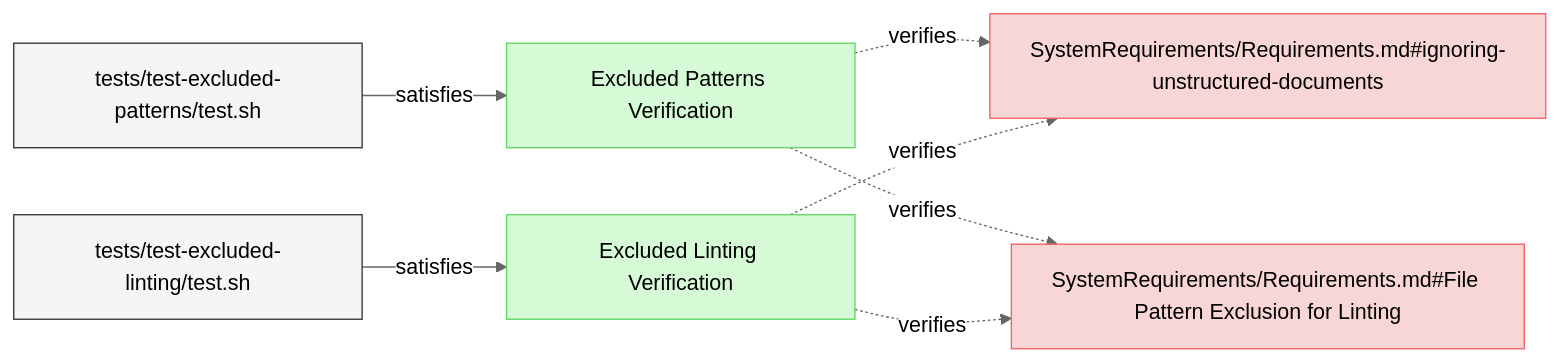
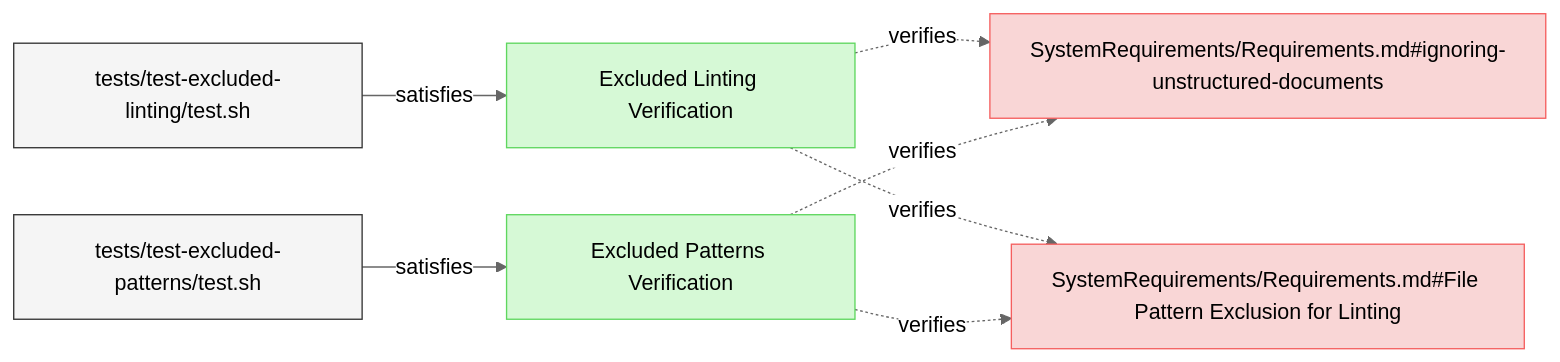
One commit to reqvire-org/reqvire changed the third of 3 diagrams in specifications/Verifications/LintingTests.md. Above: the diagram before and after it, drawn with Mermaid (neutral theme). The commit also changed other lines of this file and 14 other files, not shown here.

Commit message:
Diagrams updated.

````diff
--- a/specifications/Verifications/LintingTests.md
+++ b/specifications/Verifications/LintingTests.md
@@ -232,33 +232,33 @@
 ```mermaid
 graph LR;
   %% Graph styling
   classDef requirement fill:#f9d6d6,stroke:#f55f5f,stroke-width:1px;
   classDef verification fill:#d6f9d6,stroke:#5fd75f,stroke-width:1px;
   classDef externalLink fill:#d0e0ff,stroke:#3080ff,stroke-width:1px;
   classDef default fill:#f5f5f5,stroke:#333333,stroke-width:1px;
 
+  71b5a1d5e278aa8e["Excluded Linting Verification"];
+  class 71b5a1d5e278aa8e verification;
+  click 71b5a1d5e278aa8e "LintingTests.md#excluded-linting-verification";
+  be83c2991e9535c7["SystemRequirements/Requirements.md#ignoring-unstructured-documents"];
+  class be83c2991e9535c7 requirement;
+  click be83c2991e9535c7 "../SystemRequirements/Requirements.md#ignoring-unstructured-documents";
+  71b5a1d5e278aa8e -.->|verifies| be83c2991e9535c7;
+  bef37c31db69b66a["SystemRequirements/Requirements.md#File Pattern Exclusion for Linting"];
+  class bef37c31db69b66a requirement;
+  click bef37c31db69b66a "../SystemRequirements/Requirements.md#file-pattern-exclusion-for-linting";
+  71b5a1d5e278aa8e -.->|verifies| bef37c31db69b66a;
+  de8bc63ebb2a09e7["tests/test-excluded-linting/test.sh"];
+  class de8bc63ebb2a09e7 default;
+  click de8bc63ebb2a09e7 "../../tests/test-excluded-linting/test.sh";
+  de8bc63ebb2a09e7 -->|satisfies| 71b5a1d5e278aa8e;
   590a4cc1c558992f["Excluded Patterns Verification"];
   class 590a4cc1c558992f verification;
   click 590a4cc1c558992f "LintingTests.md#excluded-patterns-verification";
-  be83c2991e9535c7["SystemRequirements/Requirements.md#ignoring-unstructured-documents"];
-  class be83c2991e9535c7 requirement;
-  click be83c2991e9535c7 "../SystemRequirements/Requirements.md#ignoring-unstructured-documents";
   590a4cc1c558992f -.->|verifies| be83c2991e9535c7;
-  bef37c31db69b66a["SystemRequirements/Requirements.md#File Pattern Exclusion for Linting"];
-  class bef37c31db69b66a requirement;
-  click bef37c31db69b66a "../SystemRequirements/Requirements.md#file-pattern-exclusion-for-linting";
   590a4cc1c558992f -.->|verifies| bef37c31db69b66a;
   a29e69e90fa71f39["tests/test-excluded-patterns/test.sh"];
   class a29e69e90fa71f39 default;
   click a29e69e90fa71f39 "../../tests/test-excluded-patterns/test.sh";
   a29e69e90fa71f39 -->|satisfies| 590a4cc1c558992f;
-  71b5a1d5e278aa8e["Excluded Linting Verification"];
-  class 71b5a1d5e278aa8e verification;
-  click 71b5a1d5e278aa8e "LintingTests.md#excluded-linting-verification";
-  71b5a1d5e278aa8e -.->|verifies| be83c2991e9535c7;
-  71b5a1d5e278aa8e -.->|verifies| bef37c31db69b66a;
-  de8bc63ebb2a09e7["tests/test-excluded-linting/test.sh"];
-  class de8bc63ebb2a09e7 default;
-  click de8bc63ebb2a09e7 "../../tests/test-excluded-linting/test.sh";
-  de8bc63ebb2a09e7 -->|satisfies| 71b5a1d5e278aa8e;
 ```
````
